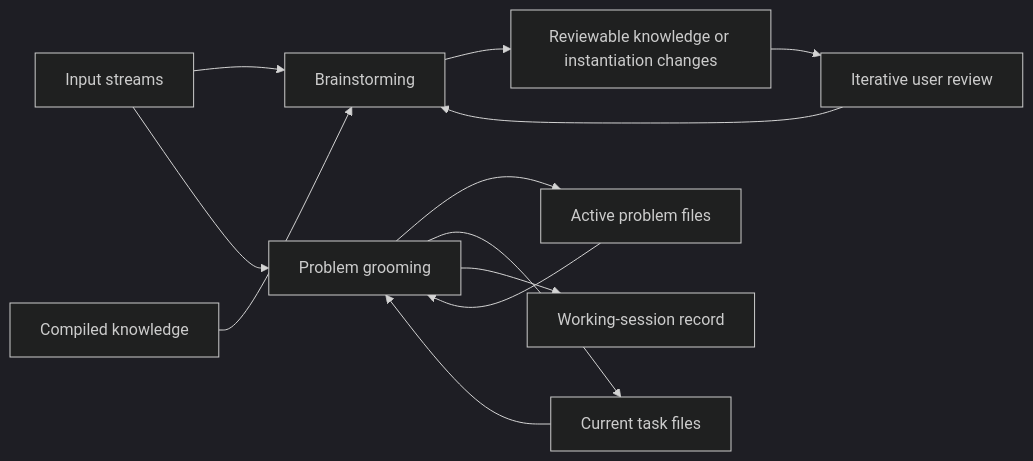
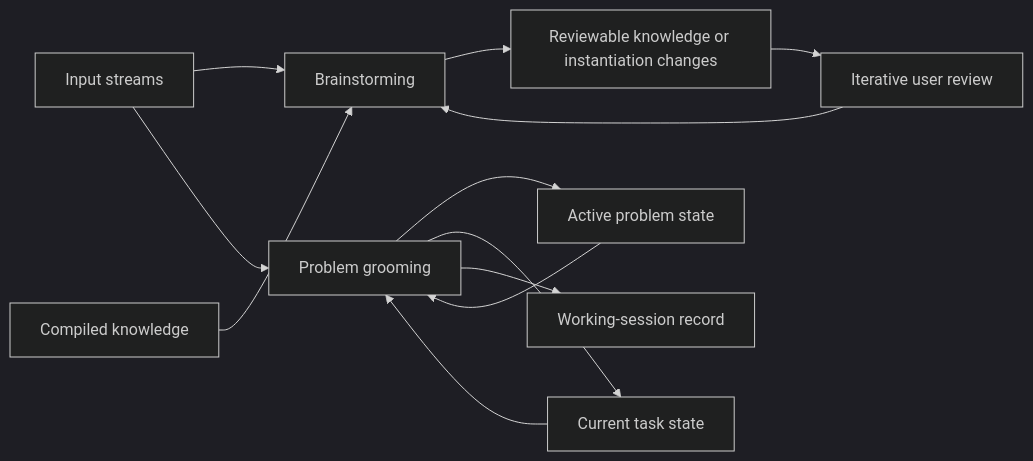
Before and after one commit to flooper68/adaptive-problem-solving-systems: the fourth of 5 diagrams in framework/VISUALIZATION.md, drawn with Mermaid (dark theme). The commit also changed other lines of this file and 74 other files, not shown here.

````diff
--- a/framework/VISUALIZATION.md
+++ b/framework/VISUALIZATION.md
@@ -89,15 +94,15 @@
 ```mermaid
 flowchart LR
     inputStreams["Input streams"] --> brainstorming["Brainstorming"]
     knowledge["Compiled knowledge"] --> brainstorming
     brainstorming --> artifact["Reviewable knowledge or instantiation changes"]
     artifact --> review["Iterative user review"]
     review --> brainstorming
 
     inputStreams --> grooming["Problem grooming"]
-    problemFiles["Active problem files"] --> grooming
-    tasks["Current task files"] --> grooming
-    grooming --> problemFiles
+    problems["Active problem state"] --> grooming
+    tasks["Current task state"] --> grooming
+    grooming --> problems
     grooming --> tasks
     grooming --> session["Working-session record"]
 ```
````
